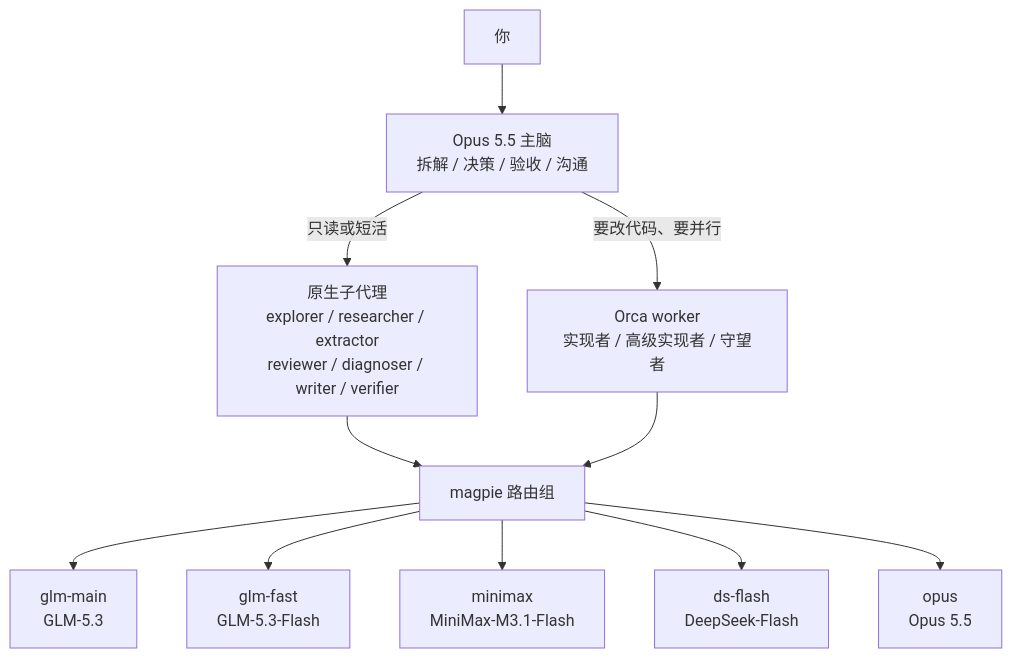
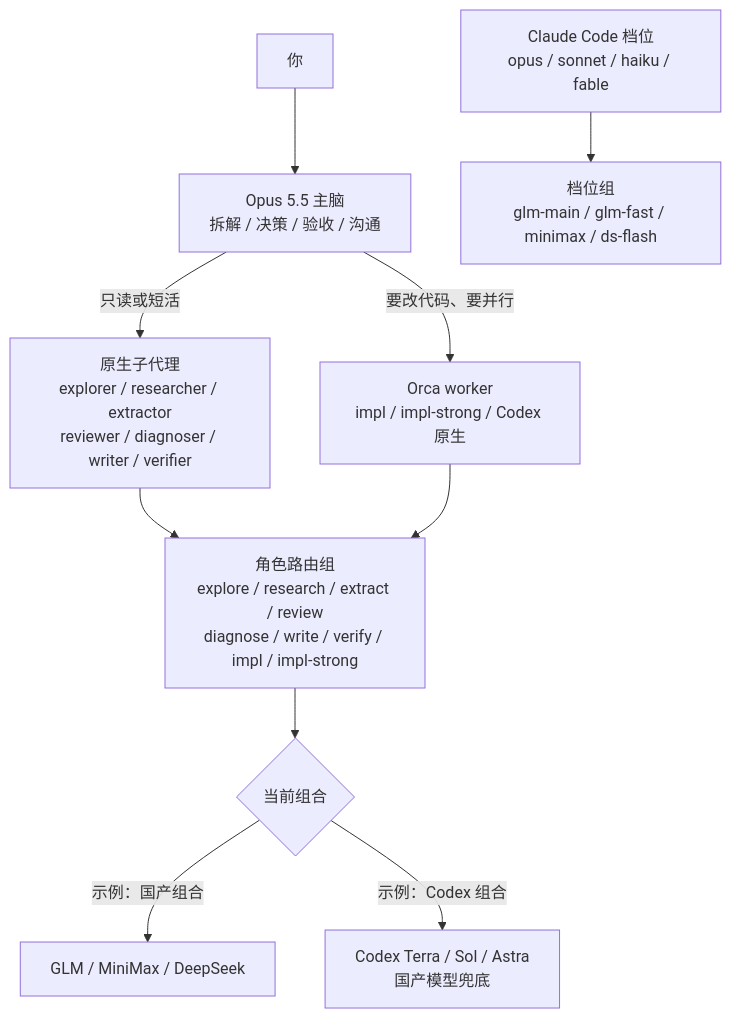
The diagram in README.md (lordfine/agent-dispatch), drawn with Mermaid before and after one commit. The commit also changed other lines of this file and 20 other files, not shown here.

````diff
--- a/README.md
+++ b/README.md
@@ -28,16 +30,16 @@
 ```mermaid
 flowchart TD
     U[你] --> B[Opus 5.5 主脑<br/>拆解 / 决策 / 验收 / 沟通]
 
     B -->|只读或短活| A[原生子代理<br/>explorer / researcher / extractor<br/>reviewer / diagnoser / writer / verifier]
-    B -->|要改代码、要并行| W[Orca worker<br/>实现者 / 高级实现者 / 守望者]
+    B -->|要改代码、要并行| W[Orca worker<br/>impl / impl-strong / Codex 原生]
 
-    A --> G[magpie 路由组]
-    W --> G
+    A --> R[角色路由组<br/>explore / research / extract / review<br/>diagnose / write / verify / impl / impl-strong]
+    W --> R
 
-    G --> M1[glm-main<br/>GLM-5.3]
-    G --> M2[glm-fast<br/>GLM-5.3-Flash]
-    G --> M3[minimax<br/>MiniMax-M3.1-Flash]
-    G --> M4[ds-flash<br/>DeepSeek-Flash]
-    G --> M5[opus<br/>Opus 5.5]
+    R --> C{当前组合}
+    C -->|示例：国产组合| G[GLM / MiniMax / DeepSeek]
+    C -->|示例：Codex 组合| X[Codex Terra / Sol / Astra<br/>国产模型兜底]
+
+    S[Claude Code 档位<br/>opus / sonnet / haiku / fable] --> T[档位组<br/>glm-main / glm-fast / minimax / ds-flash]
 ```
````
